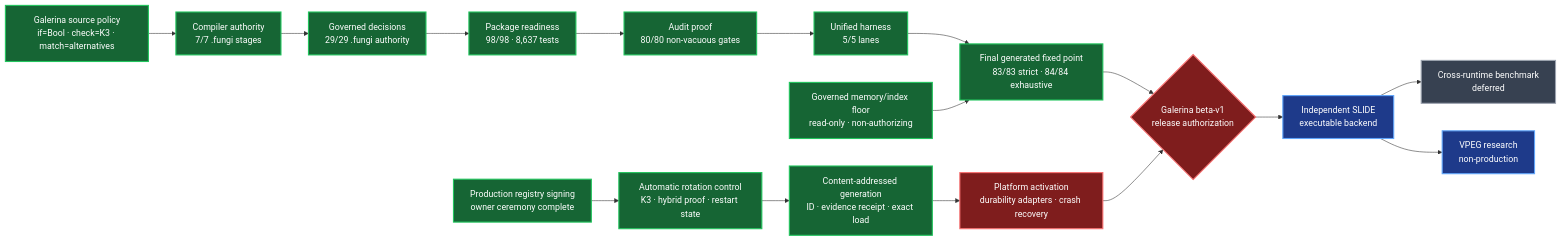
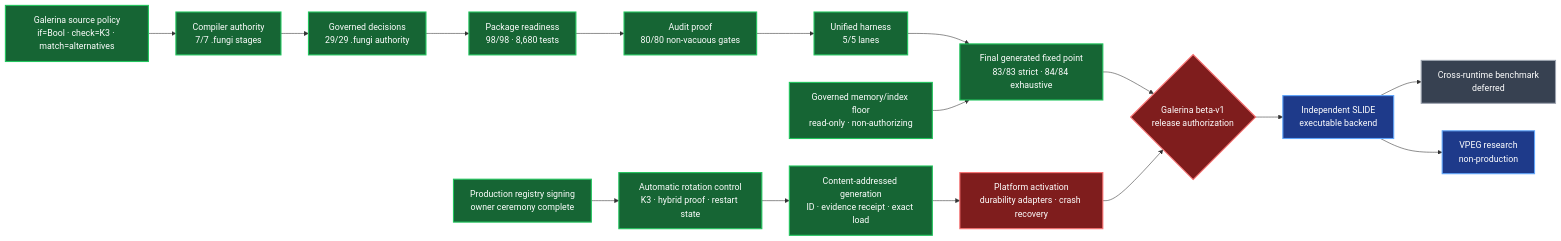
One commit to TritHypha/Deveolpment-runtime-fungi-gate changed the diagram in docs/reports/zero-trust-tooling-refactor-completion-2026-07-29.md. Above: the diagram before and after it, drawn with Mermaid. The commit also changed other lines of this file and 24 other files, not shown here.

````diff
--- a/docs/reports/zero-trust-tooling-refactor-completion-2026-07-29.md
+++ b/docs/reports/zero-trust-tooling-refactor-completion-2026-07-29.md
@@ -39,30 +39,30 @@
 ```mermaid
 flowchart LR
     S["Galerina source policy<br/>if=Bool · check=K3 · match=alternatives"]:::green
     C["Compiler authority<br/>7/7 .fungi stages"]:::green
     K["Governed decisions<br/>29/29 .fungi authority"]:::green
-    P["Package readiness<br/>98/98 · 8,637 tests"]:::green
+    P["Package readiness<br/>98/98 · 8,680 tests"]:::green
     A["Audit proof<br/>80/80 non-vacuous gates"]:::green
     U["Unified harness<br/>5/5 lanes"]:::green
     X["Final generated fixed point<br/>83/83 strict · 84/84 exhaustive"]:::green
     M["Governed memory/index floor<br/>read-only · non-authorizing"]:::green
     R["Production registry signing<br/>owner ceremony complete"]:::green
     ROT["Automatic rotation control<br/>K3 · hybrid proof · restart state"]:::green
     GEN["Content-addressed generation<br/>ID · evidence receipt · exact load"]:::green
     ACT["Platform activation<br/>durability adapters · crash recovery"]:::red
     B{"Galerina beta-v1<br/>release authorization"}:::red
     L["Independent SLIDE<br/>executable backend"]:::blue
     V["VPEG research<br/>non-production"]:::blue
     Q["Cross-runtime benchmark<br/>deferred"]:::grey
 
     S --> C --> K --> P --> A --> U --> X --> B
     M --> X
     R --> ROT --> GEN --> ACT --> B
     B --> L --> Q
     L --> V
 
     classDef green fill:#166534,color:#fff,stroke:#22c55e,stroke-width:2px;
     classDef red fill:#7f1d1d,color:#fff,stroke:#f87171,stroke-width:2px;
     classDef blue fill:#1e3a8a,color:#fff,stroke:#60a5fa,stroke-width:2px;
     classDef grey fill:#374151,color:#fff,stroke:#9ca3af,stroke-width:2px;
 ```
````
